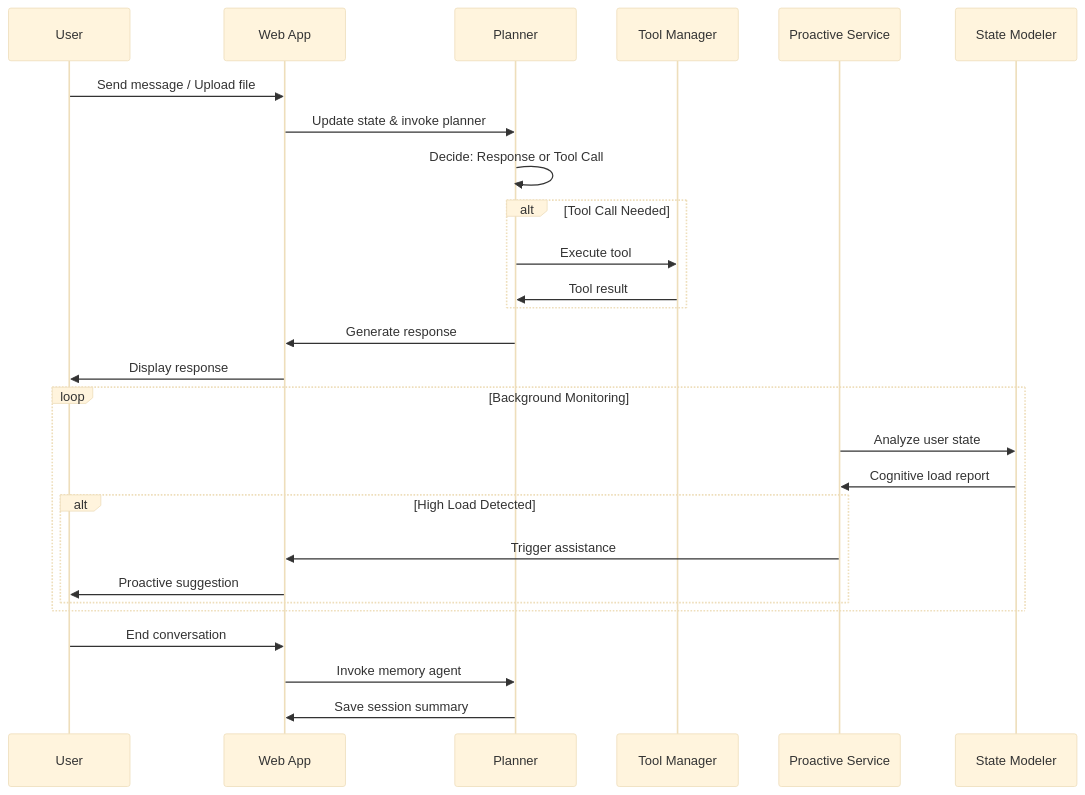
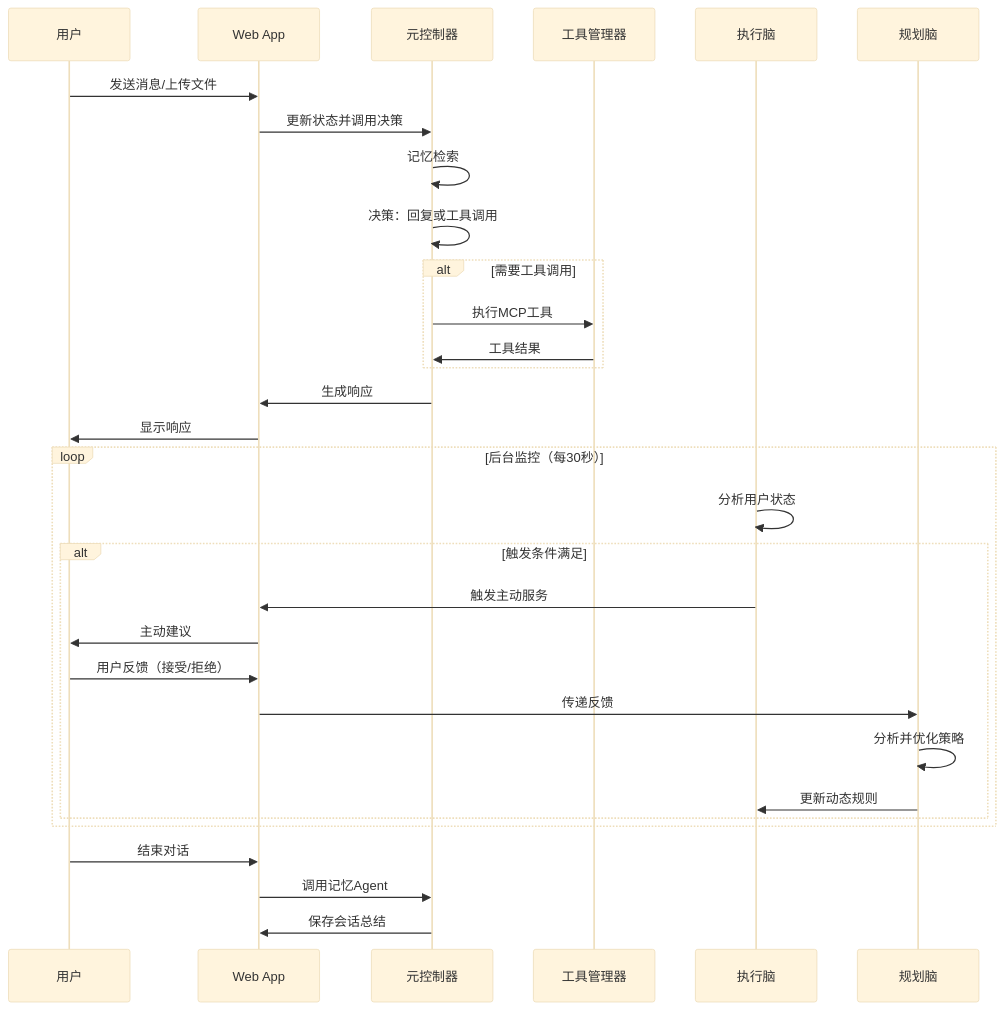
The second of 2 diagrams in README.md (wangsc18/CogAgent), drawn with Mermaid (base theme) before and after one commit. The commit also changed other lines of this file, not shown here.

````diff
--- a/README.md
+++ b/README.md
@@ -78,32 +104,36 @@
 ```mermaid
 sequenceDiagram
-    participant U as User
+    participant U as 用户
     participant W as Web App
-    participant P as Planner
-    participant T as Tool Manager
-    participant PS as Proactive Service
-    participant SM as State Modeler
+    participant MC as 元控制器
+    participant T as 工具管理器
+    participant EB as 执行脑
+    participant PB as 规划脑
 
-    U->>W: Send message / Upload file
-    W->>P: Update state & invoke planner
-    P->>P: Decide: Response or Tool Call
-    alt Tool Call Needed
-        P->>T: Execute tool
-        T->>P: Tool result
+    U->>W: 发送消息/上传文件
+    W->>MC: 更新状态并调用决策
+    MC->>MC: 记忆检索
+    MC->>MC: 决策：回复或工具调用
+    alt 需要工具调用
+        MC->>T: 执行MCP工具
+        T->>MC: 工具结果
     end
-    P->>W: Generate response
-    W->>U: Display response
+    MC->>W: 生成响应
+    W->>U: 显示响应
 
-    loop Background Monitoring
-        PS->>SM: Analyze user state
-        SM->>PS: Cognitive load report
-        alt High Load Detected
-            PS->>W: Trigger assistance
-            W->>U: Proactive suggestion
+    loop 后台监控（每30秒）
+        EB->>EB: 分析用户状态
+        alt 触发条件满足
+            EB->>W: 触发主动服务
+            W->>U: 主动建议
+            U->>W: 用户反馈（接受/拒绝）
+            W->>PB: 传递反馈
+            PB->>PB: 分析并优化策略
+            PB->>EB: 更新动态规则
         end
     end
 
-    U->>W: End conversation
-    W->>P: Invoke memory agent
-    P->>W: Save session summary
+    U->>W: 结束对话
+    W->>MC: 调用记忆Agent
+    MC->>W: 保存会话总结
 ```
````
